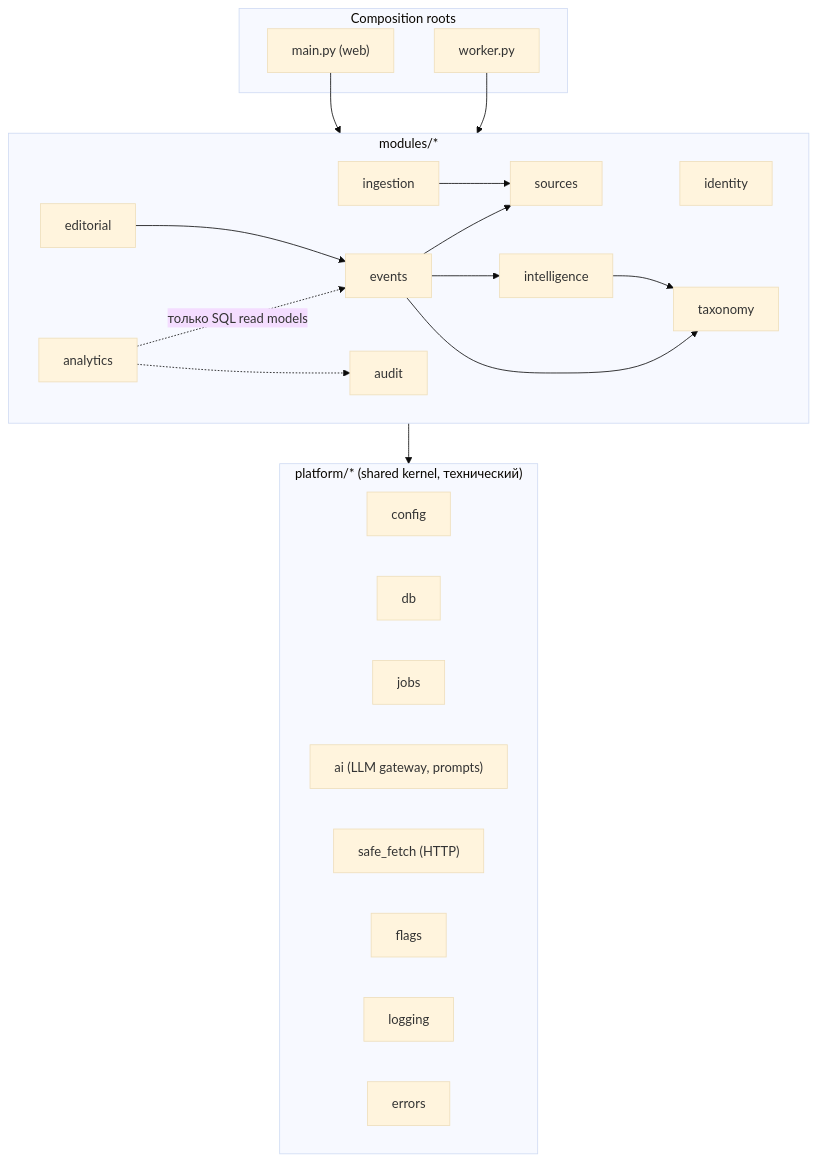
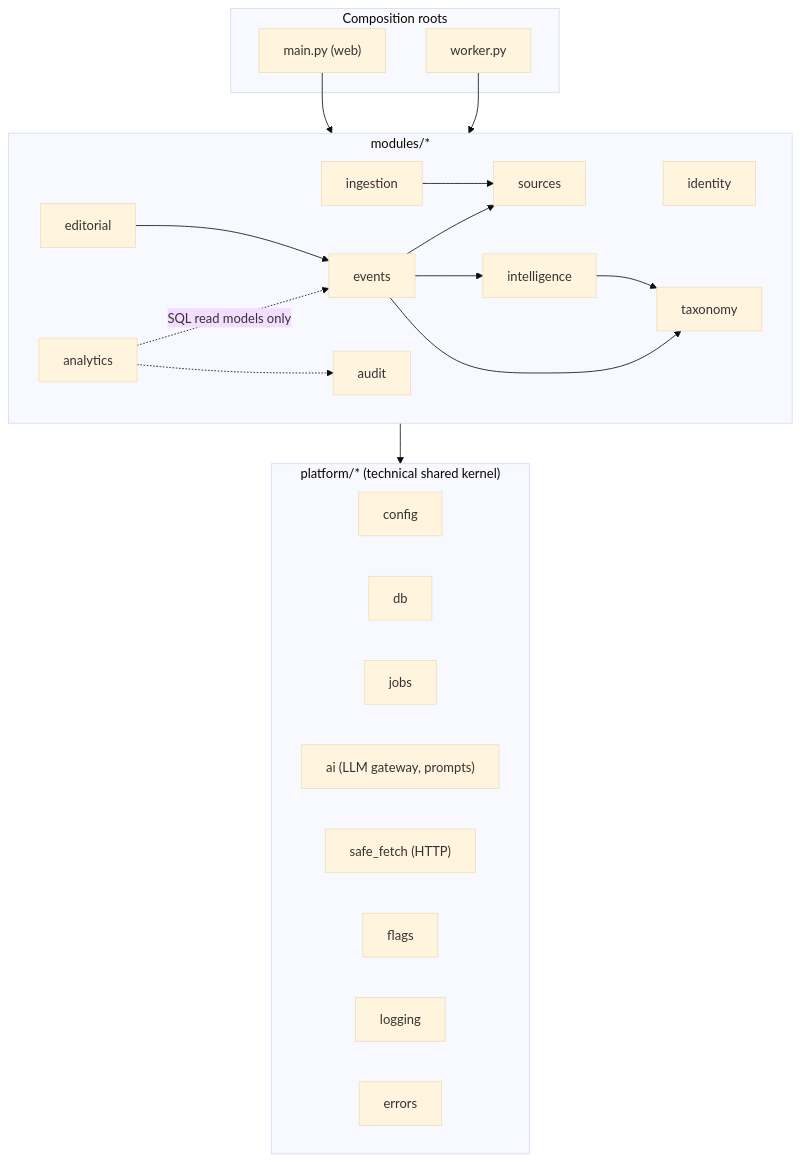
Before and after one commit to notLeri/sportintel: the fifth of 13 diagrams in docs/ARCHITECTURE.md, drawn with Mermaid (base theme). The commit also changed other lines of this file and 13 other files, not shown here.

Commit message:
docs: translate architecture doc and API descriptions to English

````diff
--- a/docs/ARCHITECTURE.md
+++ b/docs/ARCHITECTURE.md
@@ -378,44 +378,44 @@
 ```mermaid
 flowchart TB
   subgraph Entry["Composition roots"]
     WEB["main.py (web)"]
     WORKER["worker.py"]
   end
 
   subgraph Modules["modules/*"]
     identity
     sources
     ingestion
     taxonomy
     intelligence
     events
     editorial
     audit
     analytics
   end
 
-  subgraph Platform["platform/* (shared kernel, технический)"]
+  subgraph Platform["platform/* (technical shared kernel)"]
     config
     db
     jobs
     ai["ai (LLM gateway, prompts)"]
     fetch["safe_fetch (HTTP)"]
     flags
     logging
     errors
   end
 
   WEB --> Modules
   WORKER --> Modules
 
   ingestion --> sources
   intelligence --> taxonomy
   events --> intelligence
   events --> sources
   events --> taxonomy
   editorial --> events
-  analytics -.->|"только SQL read models"| events
+  analytics -.->|"SQL read models only"| events
   analytics -.-> audit
 
   Modules --> Platform
 ```
````
